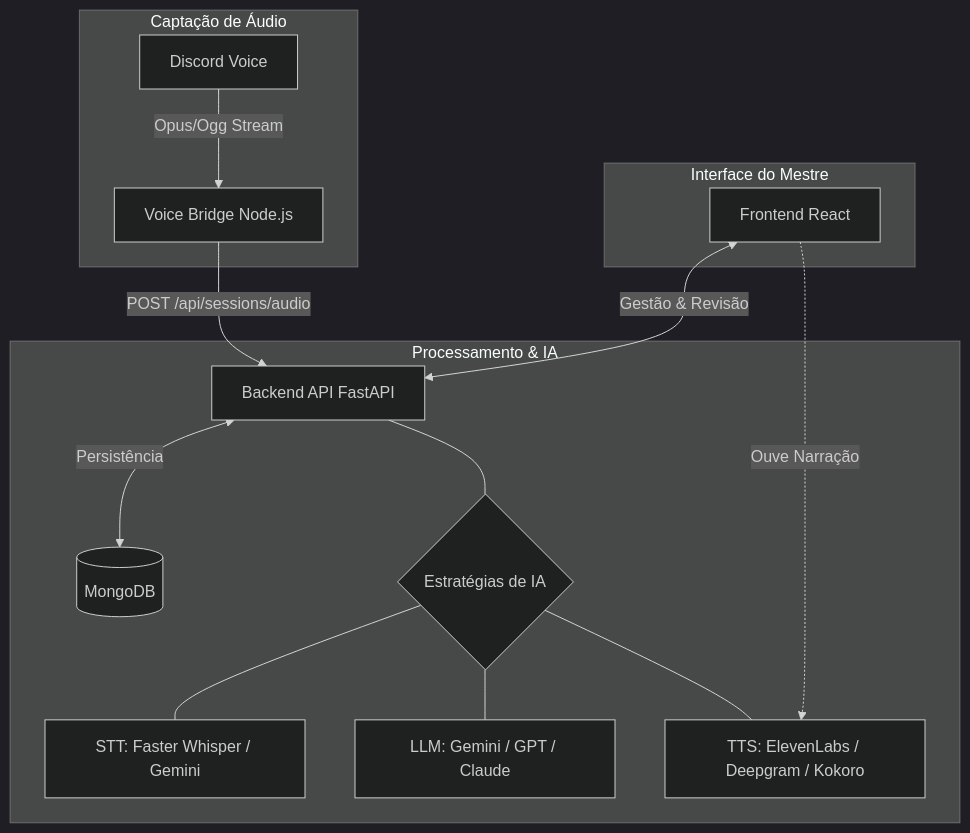
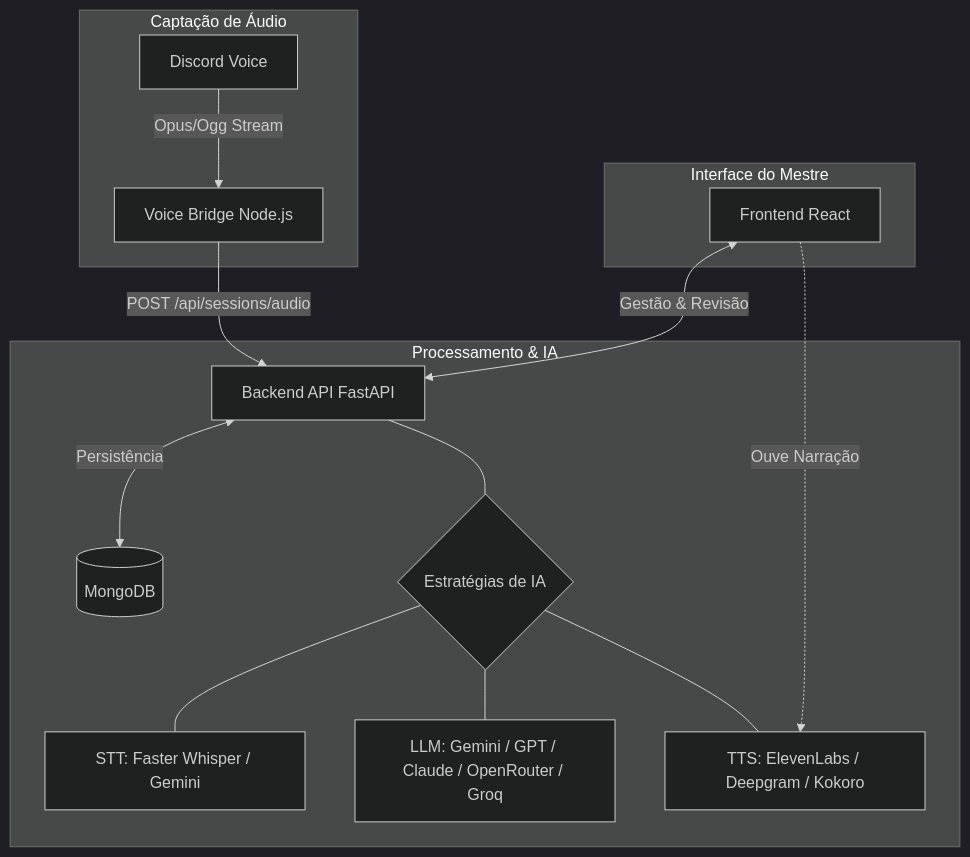
The diagram in README.md (mukasc/EchoBot), drawn with Mermaid (dark theme) before and after one commit. The commit also changed other lines of this file and 17 other files, not shown here.

Commit message:
feat: centralizacao de configuracoes no MongoDB e integracao OpenRouter/Groq

````diff
--- a/README.md
+++ b/README.md
@@ -28,31 +30,31 @@
 ```mermaid
 graph TD
     subgraph "Captação de Áudio"
         A[Discord Voice] -->|Opus/Ogg Stream| B[Voice Bridge Node.js]
     end
 
     subgraph "Processamento & IA"
         C[Backend API FastAPI]
         D[(MongoDB)]
         E{Estratégias de IA}
         
         E1[STT: Faster Whisper / Gemini]
-        E2[LLM: Gemini / GPT / Claude]
+        E2[LLM: Gemini / GPT / Claude / OpenRouter / Groq]
         E3[TTS: ElevenLabs / Deepgram / Kokoro]
     end
 
     subgraph "Interface do Mestre"
         G[Frontend React]
     end
 
     B -->|POST /api/sessions/audio| C
     C <-->|Persistência| D
     
     C --- E
     E --- E1
     E --- E2
     E --- E3
     
     G <-->|Gestão & Revisão| C
     G -.->|Ouve Narração| E3
 ```
````
